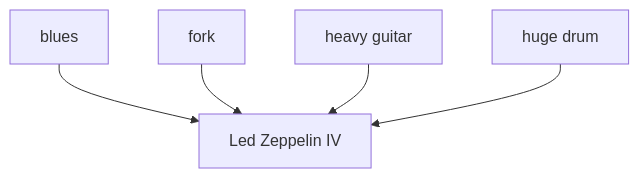
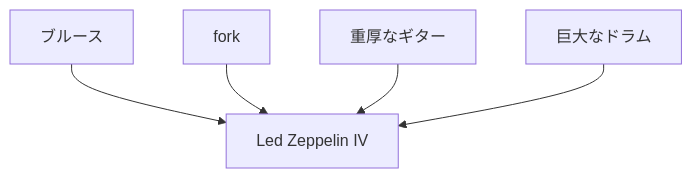
The tenth of 20 diagrams in en/_posts/2026-07-02-column-influential-album-05.md (monumental-movement/monumental-movement.github.io), drawn with Mermaid before and after one commit. The commit also changed other lines of this file and 2196 other files, not shown here.

```diff
--- a/en/_posts/2026-07-02-column-influential-album-05.md
+++ b/en/_posts/2026-07-02-column-influential-album-05.md
@@ -994,14 +994,14 @@
 <div class="mermaid">
 flowchart TD
-A[blues]
+A[ブルース]
 B[fork]
-C[heavy guitar]
-D[huge drum]
+C[重厚なギター]
+D[巨大なドラム]
 E[Led Zeppelin IV]
 
 A --> E
 B --> E
 C --> E
 D --> E
 
 </div>
```
